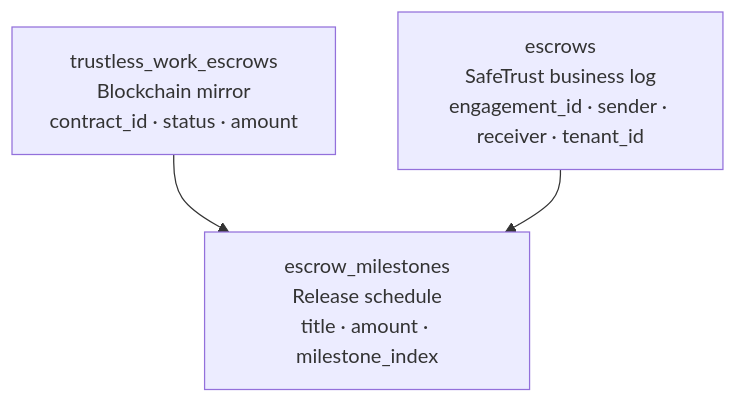
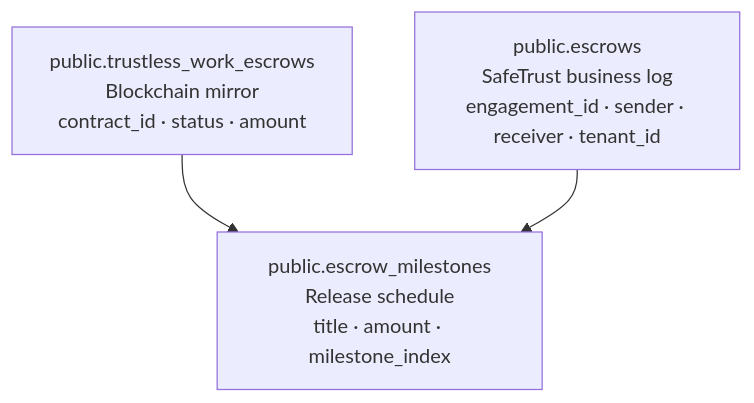
Before and after one commit to safetrustcr/dApp-SafeTrust: the second of 2 diagrams in docs/architecture/data-model.md, drawn with Mermaid. The commit also changed other lines of this file and 19 other files, not shown here.

````diff
--- a/docs/architecture/data-model.md
+++ b/docs/architecture/data-model.md
@@ -83,9 +88,9 @@
 ```mermaid
 graph TD
-    TW["trustless_work_escrows\nBlockchain mirror\ncontract_id · status · amount"]
-    M["escrow_milestones\nRelease schedule\ntitle · amount · milestone_index"]
-    E["escrows\nSafeTrust business log\nengagement_id · sender · receiver · tenant_id"]
+    TW["public.trustless_work_escrows\nBlockchain mirror\ncontract_id · status · amount"]
+    M["public.escrow_milestones\nRelease schedule\ntitle · amount · milestone_index"]
+    E["public.escrows\nSafeTrust business log\nengagement_id · sender · receiver · tenant_id"]
 
     TW --> M
     E --> M
 ```
````
